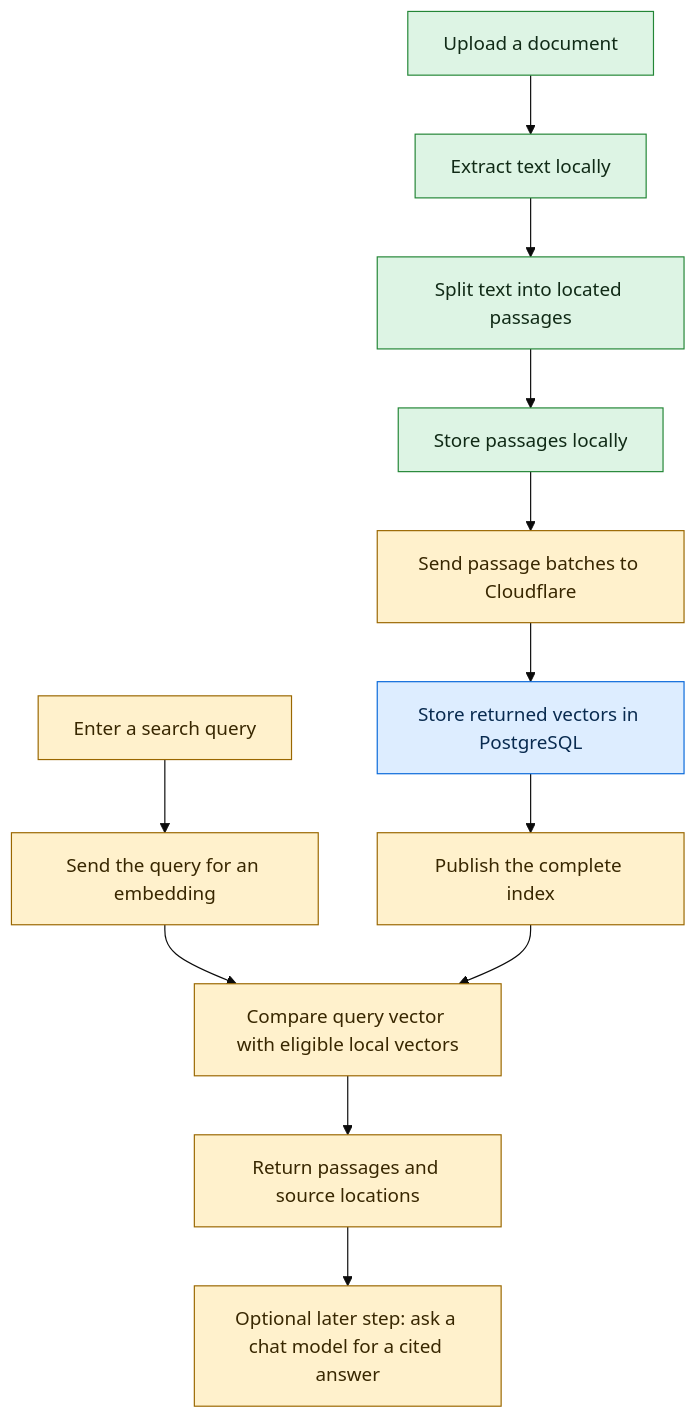
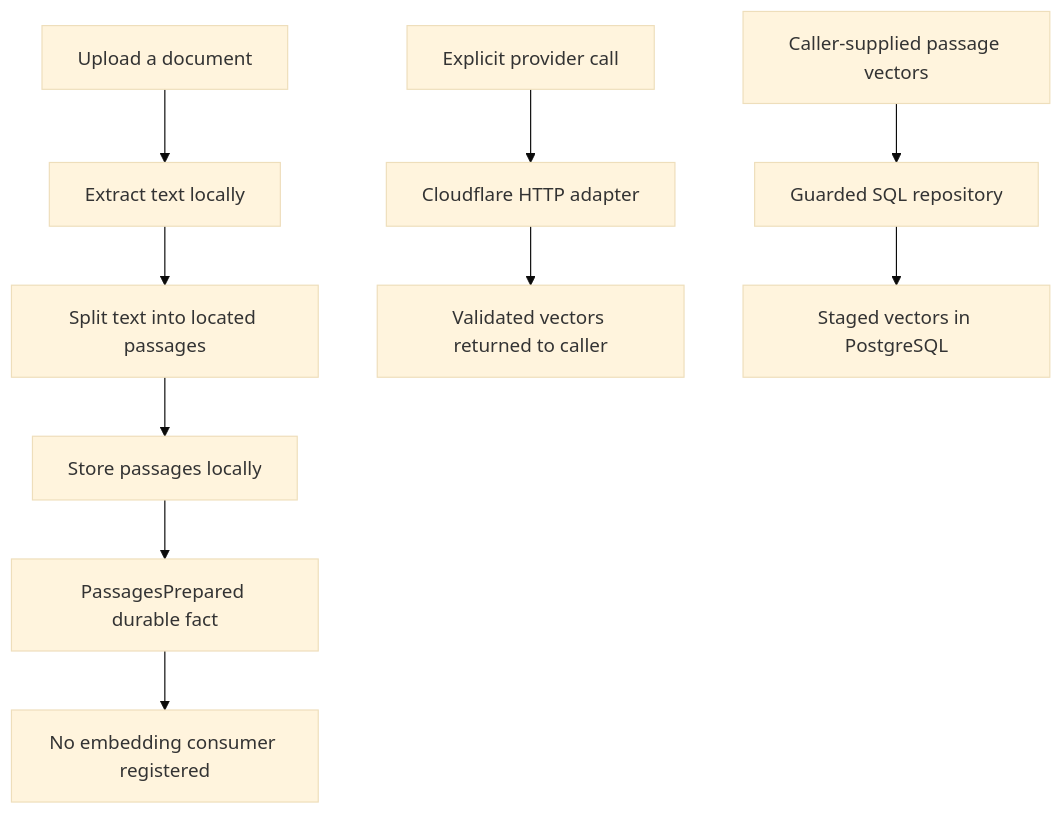
One commit to FarukValjevac/SecondBrain changed the first of 6 diagrams in .learnigns/embedding-contract-guide.md. Above: the diagram before and after it, drawn with Mermaid (base theme). The commit also changed other lines of this file and 10 other files, not shown here.

Commit message:
feat(embeddings): call the provider with bounded batches

````diff
--- a/.learnigns/embedding-contract-guide.md
+++ b/.learnigns/embedding-contract-guide.md
@@ -28,21 +25,13 @@
 ```mermaid
 flowchart TD
     Upload[Upload a document] --> Extract[Extract text locally]
     Extract --> Split[Split text into located passages]
     Split --> PassageStore[Store passages locally]
-    PassageStore --> Embed[Send passage batches to Cloudflare]
-    Embed --> VectorStore[Store returned vectors in PostgreSQL]
-    VectorStore --> Publish[Publish the complete index]
-    Query[Enter a search query] --> QueryEmbed[Send the query for an embedding]
-    QueryEmbed --> Compare[Compare query vector with eligible local vectors]
-    Publish --> Compare
-    Compare --> Results[Return passages and source locations]
-    Results --> Answer[Optional later step: ask a chat model for a cited answer]
+    PassageStore --> Fact[PassagesPrepared durable fact]
+    Fact --> Boundary[No embedding consumer registered]
 
-    classDef implemented fill:#ddf4e4,stroke:#238636,color:#102a16;
-    classDef planned fill:#fff1cc,stroke:#9a6700,color:#382700;
-    classDef storage fill:#ddedff,stroke:#0969da,color:#092b50;
-    class Upload,Extract,Split,PassageStore implemented;
-    class Embed,Publish,Query,QueryEmbed,Compare,Results,Answer planned;
-    class VectorStore storage;
+    Explicit[Explicit provider call] --> Embed[Cloudflare HTTP adapter]
+    Embed --> Vectors[Validated vectors returned to caller]
+    Supplied[Caller-supplied passage vectors] --> Repository[Guarded SQL repository]
+    Repository --> VectorStore[Staged vectors in PostgreSQL]
 ```
````
